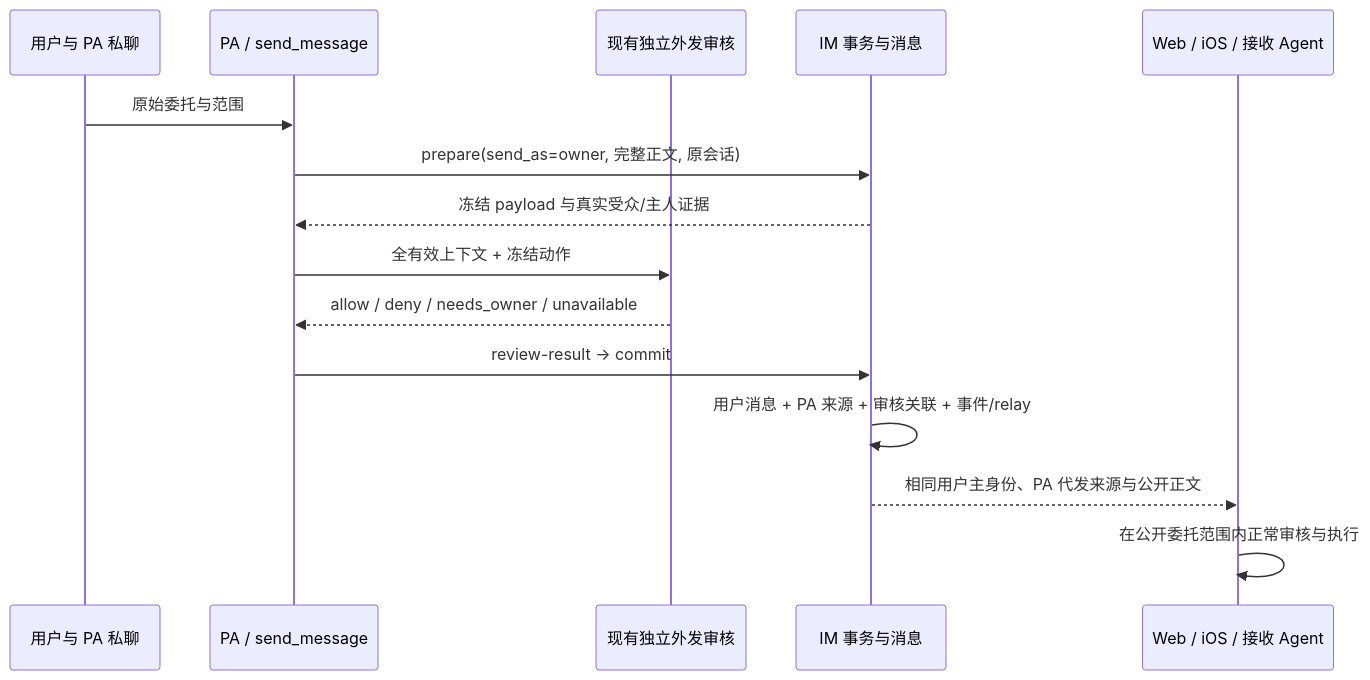
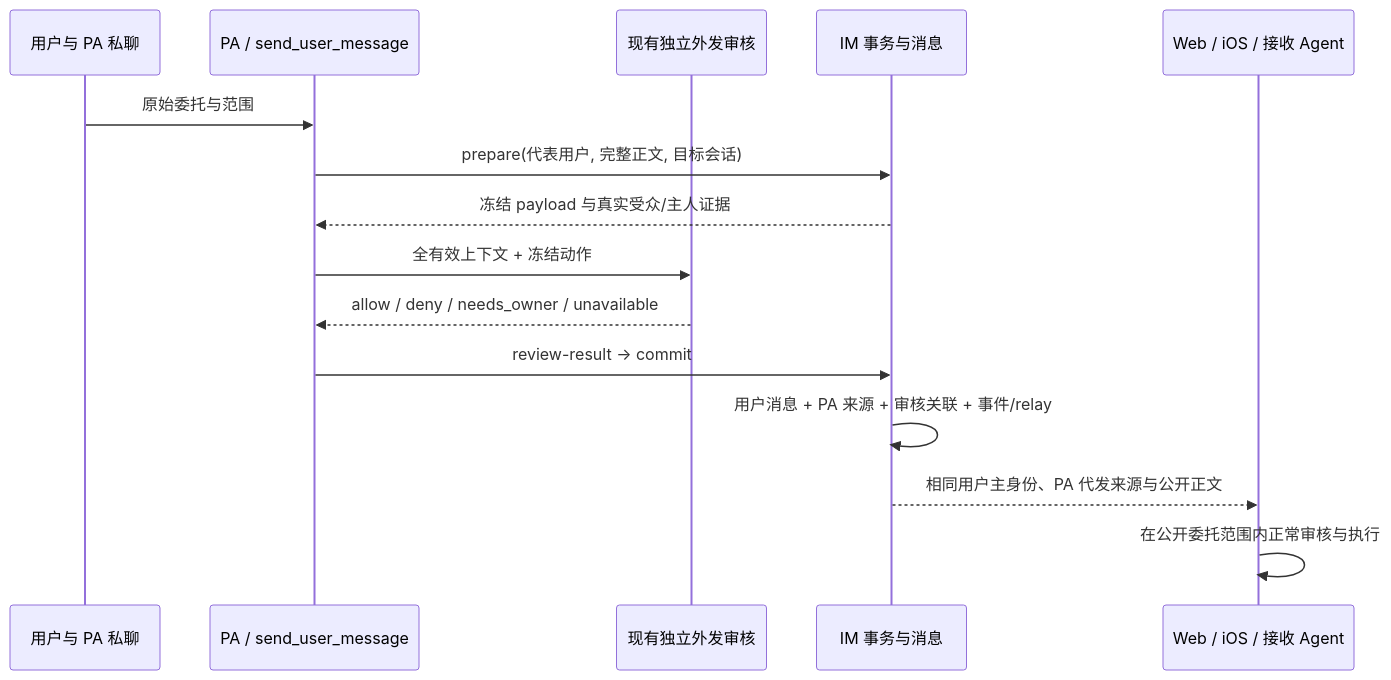
One commit to Mrchen116/nano-multiagent changed the diagram in docs/changes/feat-658-pa-user-representation/design.md. Above: the diagram before and after it, drawn with Mermaid. The commit also changed other lines of this file and 9 other files, not shown here.

````diff
--- a/docs/changes/feat-658-pa-user-representation/design.md
+++ b/docs/changes/feat-658-pa-user-representation/design.md
@@ -37,17 +37,17 @@
 ```mermaid
 sequenceDiagram
   participant U as 用户与 PA 私聊
-  participant P as PA / send_message
+  participant P as PA / send_user_message
   participant R as 现有独立外发审核
   participant I as IM 事务与消息
   participant C as Web / iOS / 接收 Agent
   U->>P: 原始委托与范围
-  P->>I: prepare(send_as=owner, 完整正文, 原会话)
+  P->>I: prepare(代表用户, 完整正文, 目标会话)
   I-->>P: 冻结 payload 与真实受众/主人证据
   P->>R: 全有效上下文 + 冻结动作
   R-->>P: allow / deny / needs_owner / unavailable
   P->>I: review-result → commit
   I->>I: 用户消息 + PA 来源 + 审核关联 + 事件/relay
   I-->>C: 相同用户主身份、PA 代发来源与公开正文
   C->>C: 在公开委托范围内正常审核与执行
 ```
````
